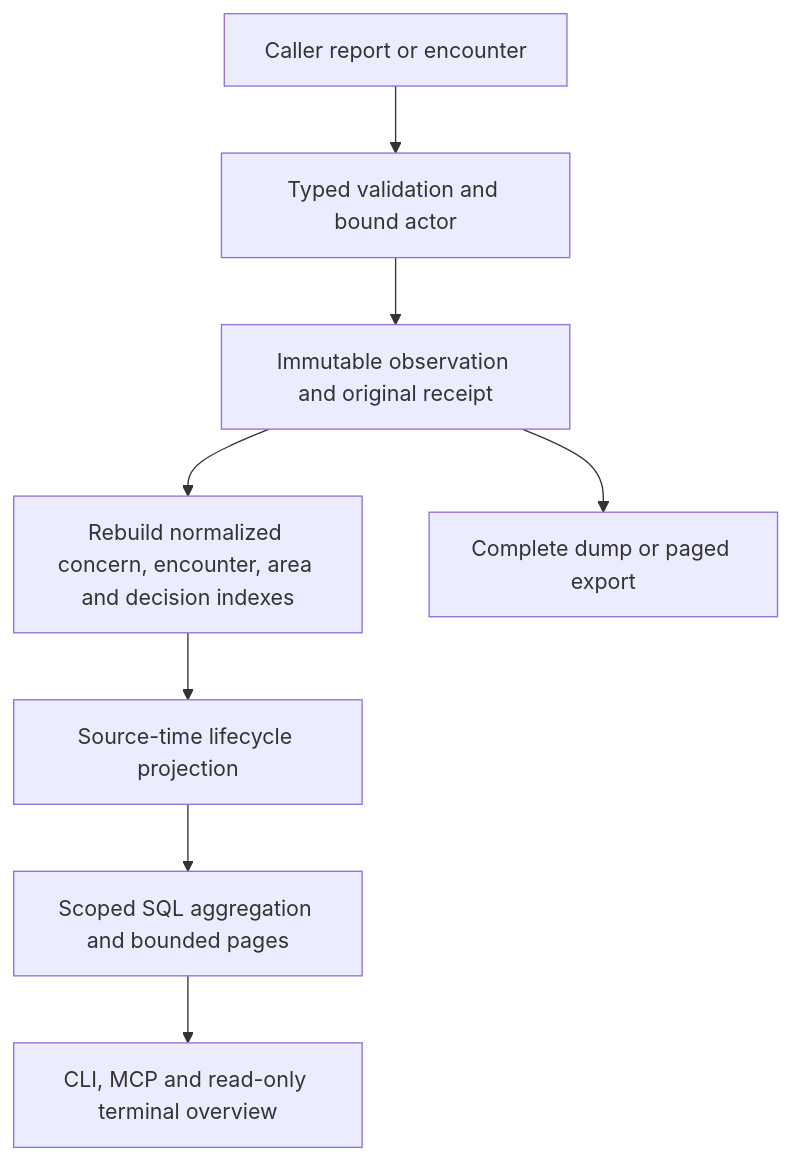
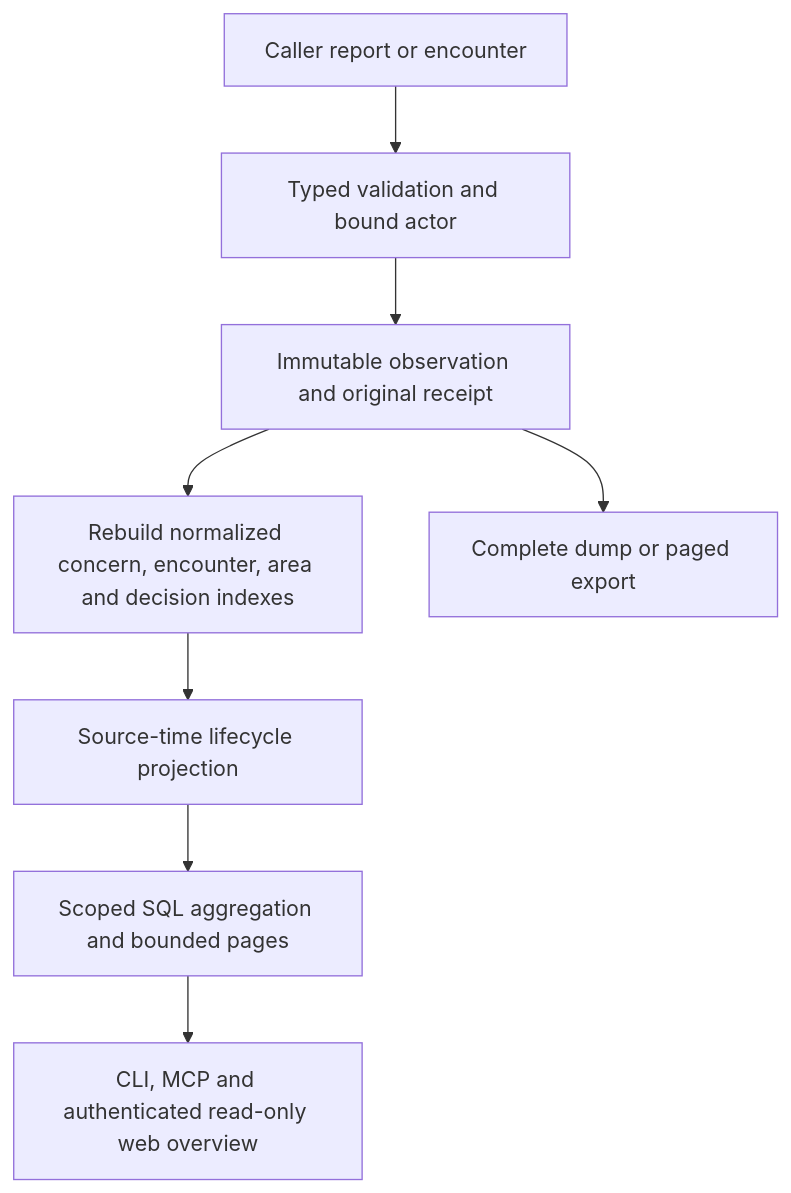
Before and after one commit to warrenronsiek/nexus: the diagram in docs/features/code-concerns.md, drawn with Mermaid. The commit also changed other lines of this file and 218 other files, not shown here.

Commit message:
Replace terminal dashboard with authenticated Elm and D3 web UI

````diff
--- a/docs/features/code-concerns.md
+++ b/docs/features/code-concerns.md
@@ -82,10 +82,10 @@
 ```mermaid
 flowchart TD
     C[Caller report or encounter] --> V[Typed validation and bound actor]
     V --> O[Immutable observation and original receipt]
     O --> I[Rebuild normalized concern, encounter, area and decision indexes]
     I --> L[Source-time lifecycle projection]
     L --> Q[Scoped SQL aggregation and bounded pages]
-    Q --> T[CLI, MCP and read-only terminal overview]
+    Q --> T[CLI, MCP and authenticated read-only web overview]
     O --> X[Complete dump or paged export]
 ```
````
